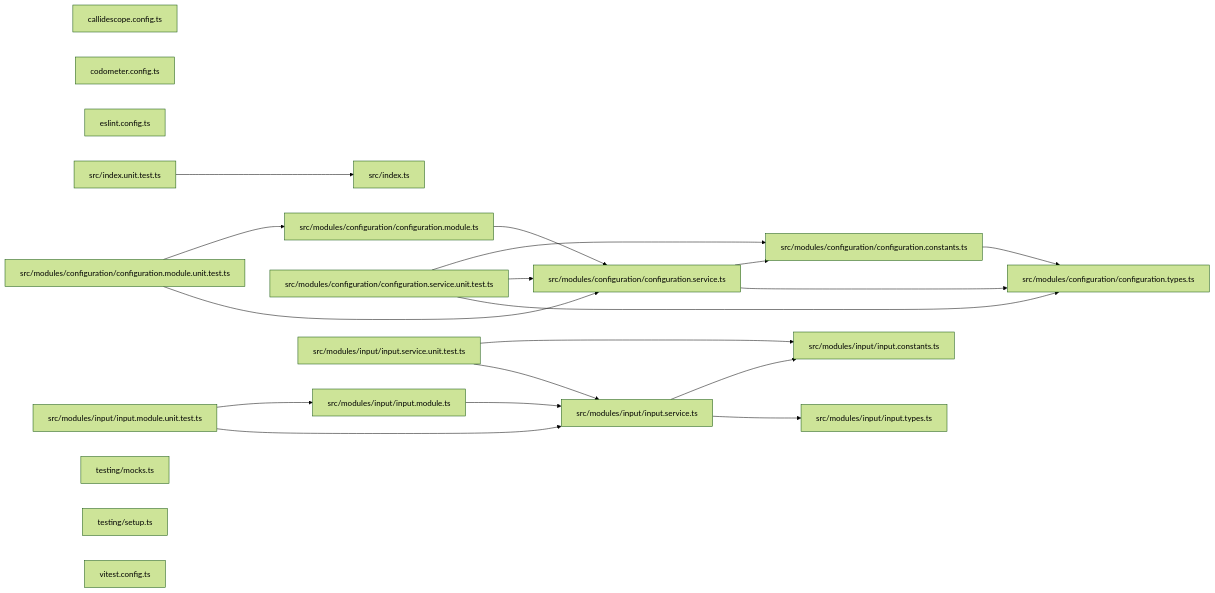
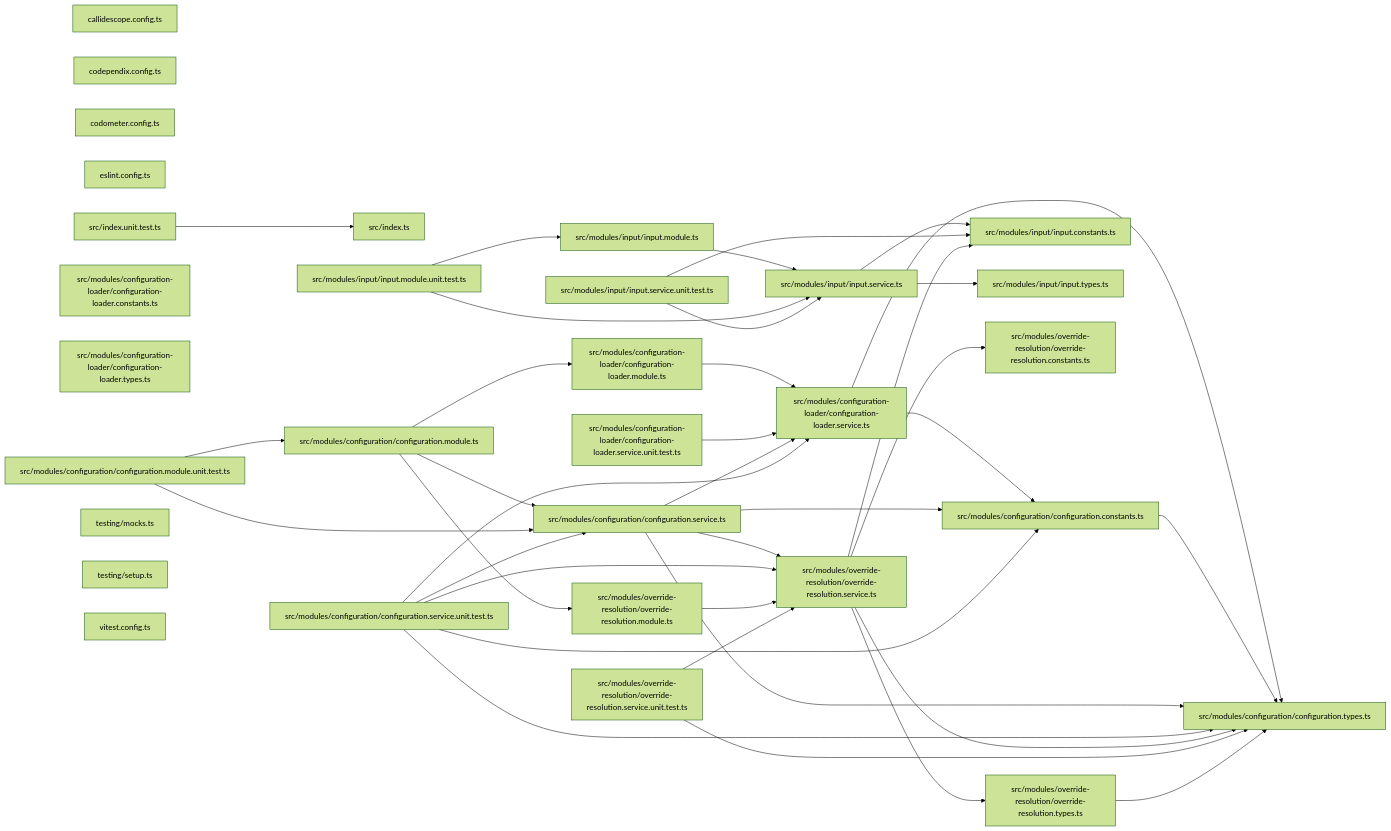
Before and after one commit to JimmyPaolini/codebase: the third of 3 diagrams in packages/codependix-configuration/README.md, drawn with Mermaid (forest theme). The commit also changed other lines of this file and 35 other files, not shown here.

````diff
--- a/packages/codependix-configuration/README.md
+++ b/packages/codependix-configuration/README.md
@@ -41,40 +45,69 @@
 ```mermaid
 graph LR
   file_callidescope_config_ts["callidescope.config.ts"]
+  file_codependix_config_ts["codependix.config.ts"]
   file_codometer_config_ts["codometer.config.ts"]
   file_eslint_config_ts["eslint.config.ts"]
   file_src_index_ts["src/index.ts"]
   file_src_index_unit_test_ts["src/index.unit.test.ts"]
+  file_src_modules_configuration_loader_configuration_loader_constants_ts["src/modules/configuration-loader/configuration-loader.constants.ts"]
+  file_src_modules_configuration_loader_configuration_loader_module_ts["src/modules/configuration-loader/configuration-loader.module.ts"]
+  file_src_modules_configuration_loader_configuration_loader_service_ts["src/modules/configuration-loader/configuration-loader.service.ts"]
+  file_src_modules_configuration_loader_configuration_loader_service_unit_test_ts["src/modules/configuration-loader/configuration-loader.service.unit.test.ts"]
+  file_src_modules_configuration_loader_configuration_loader_types_ts["src/modules/configuration-loader/configuration-loader.types.ts"]
   file_src_modules_configuration_configuration_constants_ts["src/modules/configuration/configuration.constants.ts"]
   file_src_modules_configuration_configuration_module_ts["src/modules/configuration/configuration.module.ts"]
   file_src_modules_configuration_configuration_module_unit_test_ts["src/modules/configuration/configuration.module.unit.test.ts"]
   file_src_modules_configuration_configuration_service_ts["src/modules/configuration/configuration.service.ts"]
   file_src_modules_configuration_configuration_service_unit_test_ts["src/modules/configuration/configuration.service.unit.test.ts"]
   file_src_modules_configuration_configuration_types_ts["src/modules/configuration/configuration.types.ts"]
   file_src_modules_input_input_constants_ts["src/modules/input/input.constants.ts"]
   file_src_modules_input_input_module_ts["src/modules/input/input.module.ts"]
   file_src_modules_input_input_module_unit_test_ts["src/modules/input/input.module.unit.test.ts"]
   file_src_modules_input_input_service_ts["src/modules/input/input.service.ts"]
   file_src_modules_input_input_service_unit_test_ts["src/modules/input/input.service.unit.test.ts"]
   file_src_modules_input_input_types_ts["src/modules/input/input.types.ts"]
+  file_src_modules_override_resolution_override_resolution_constants_ts["src/modules/override-resolution/override-resolution.constants.ts"]
+  file_src_modules_override_resolution_override_resolution_module_ts["src/modules/override-resolution/override-resolution.module.ts"]
+  file_src_modules_override_resolution_override_resolution_service_ts["src/modules/override-resolution/override-resolution.service.ts"]
+  file_src_modules_override_resolution_override_resolution_service_unit_test_ts["src/modules/override-resolution/override-resolution.service.unit.test.ts"]
+  file_src_modules_override_resolution_override_resolution_types_ts["src/modules/override-resolution/override-resolution.types.ts"]
   file_testing_mocks_ts["testing/mocks.ts"]
   file_testing_setup_ts["testing/setup.ts"]
   file_vitest_config_ts["vitest.config.ts"]
   file_src_index_unit_test_ts --> file_src_index_ts
+  file_src_modules_configuration_loader_configuration_loader_module_ts --> file_src_modules_configuration_loader_configuration_loader_service_ts
+  file_src_modules_configuration_loader_configuration_loader_service_ts --> file_src_modules_configuration_configuration_constants_ts
+  file_src_modules_configuration_loader_configuration_loader_service_ts --> file_src_modules_configuration_configuration_types_ts
+  file_src_modules_configuration_loader_configuration_loader_service_unit_test_ts --> file_src_modules_configuration_loader_configuration_loader_service_ts
   file_src_modules_configuration_configuration_constants_ts --> file_src_modules_configuration_configuration_types_ts
+  file_src_modules_configuration_configuration_module_ts --> file_src_modules_configuration_loader_configuration_loader_module_ts
   file_src_modules_configuration_configuration_module_ts --> file_src_modules_configuration_configuration_service_ts
+  file_src_modules_configuration_configuration_module_ts --> file_src_modules_override_resolution_override_resolution_module_ts
   file_src_modules_configuration_configuration_module_unit_test_ts --> file_src_modules_configuration_configuration_module_ts
   file_src_modules_configuration_configuration_module_unit_test_ts --> file_src_modules_configuration_configuration_service_ts
+  file_src_modules_configuration_configuration_service_ts --> file_src_modules_configuration_loader_configuration_loader_service_ts
   file_src_modules_configuration_configuration_service_ts --> file_src_modules_configuration_configuration_constants_ts
   file_src_modules_configuration_configuration_service_ts --> file_src_modules_configuration_configuration_types_ts
+  file_src_modules_configuration_configuration_service_ts --> file_src_modules_override_resolution_override_resolution_service_ts
+  file_src_modules_configuration_configuration_service_unit_test_ts --> file_src_modules_configuration_loader_configuration_loader_service_ts
   file_src_modules_configuration_configuration_service_unit_test_ts --> file_src_modules_configuration_configuration_constants_ts
   file_src_modules_configuration_configuration_service_unit_test_ts --> file_src_modules_configuration_configuration_service_ts
   file_src_modules_configuration_configuration_service_unit_test_ts --> file_src_modules_configuration_configuration_types_ts
+  file_src_modules_configuration_configuration_service_unit_test_ts --> file_src_modules_override_resolution_override_resolution_service_ts
   file_src_modules_input_input_module_ts --> file_src_modules_input_input_service_ts
   file_src_modules_input_input_module_unit_test_ts --> file_src_modules_input_input_module_ts
   file_src_modules_input_input_module_unit_test_ts --> file_src_modules_input_input_service_ts
   file_src_modules_input_input_service_ts --> file_src_modules_input_input_constants_ts
   file_src_modules_input_input_service_ts --> file_src_modules_input_input_types_ts
   file_src_modules_input_input_service_unit_test_ts --> file_src_modules_input_input_constants_ts
   file_src_modules_input_input_service_unit_test_ts --> file_src_modules_input_input_service_ts
+  file_src_modules_override_resolution_override_resolution_module_ts --> file_src_modules_override_resolution_override_resolution_service_ts
+  file_src_modules_override_resolution_override_resolution_service_ts --> file_src_modules_configuration_configuration_types_ts
+  file_src_modules_override_resolution_override_resolution_service_ts --> file_src_modules_input_input_constants_ts
+  file_src_modules_override_resolution_override_resolution_service_ts --> file_src_modules_override_resolution_override_resolution_constants_ts
+  file_src_modules_override_resolution_override_resolution_service_ts --> file_src_modules_override_resolution_override_resolution_types_ts
+  file_src_modules_override_resolution_override_resolution_service_unit_test_ts --> file_src_modules_configuration_configuration_types_ts
+  file_src_modules_override_resolution_override_resolution_service_unit_test_ts --> file_src_modules_override_resolution_override_resolution_service_ts
+  file_src_modules_override_resolution_override_resolution_types_ts --> file_src_modules_configuration_configuration_types_ts
 ```
````
